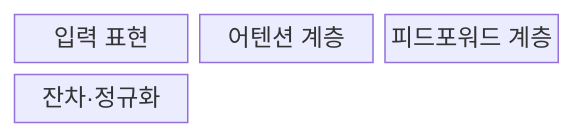
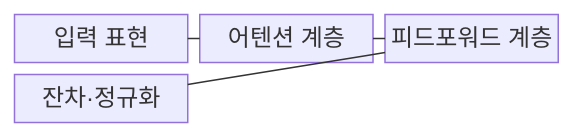
One commit to agnusdei1207/knowledge-base changed the first of 2 diagrams in src/content/docs/notes/08-latest-tech/027_transformer.md. Above: the diagram before and after it, drawn with Mermaid. The commit also changed other lines of this file and 228 other files, not shown here.

````diff
--- a/src/content/docs/notes/08-latest-tech/027_transformer.md
+++ b/src/content/docs/notes/08-latest-tech/027_transformer.md
@@ -52,8 +52,11 @@
 ```mermaid
 block-beta
     columns 3
     I["입력 표현"]
     A["어텐션 계층"]
     F["피드포워드 계층"]
     S["잔차·정규화"]
+    I --- A
+    A --- F
+    F --- S
 ```
````
